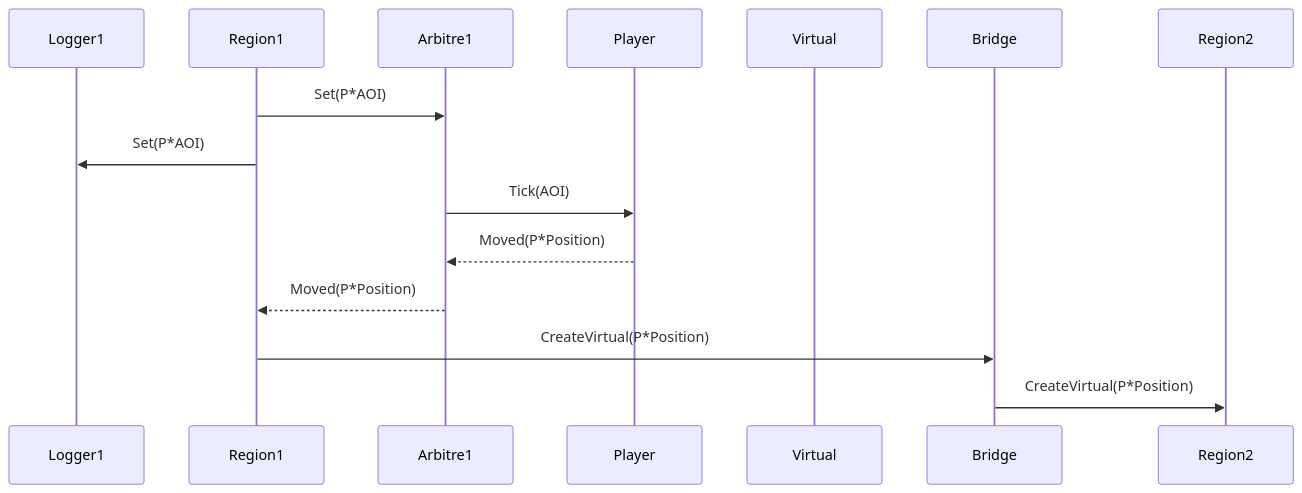
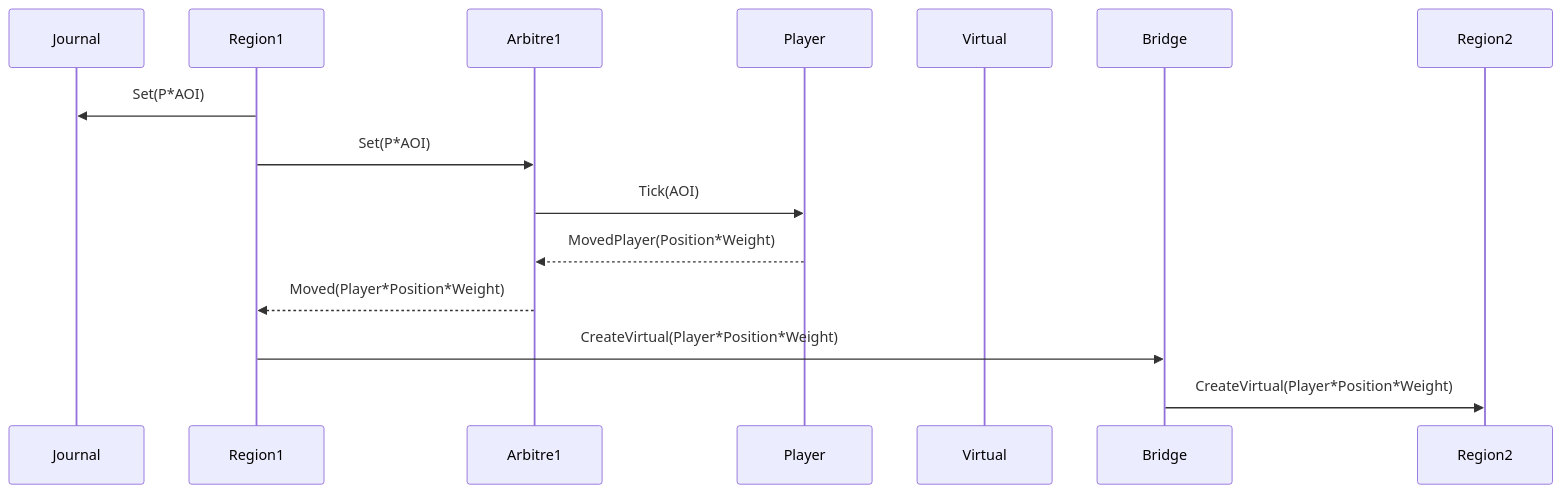
The diagram in doc/remote-player-creation.mermaid (agtors/agar.core), drawn with Mermaid before and after one commit. The commit also changed 16 other files, not shown here.

Commit message:
Review conflict management: - Mermaid sequence diagrams reviewed - Enforce tests checking player actor reference - Remove codez related to bridging capability - Player notify ASAP the region when it has been killed - Code linter provided by IntellijIdea applied

```diff
--- a/doc/remote-player-creation.mermaid
+++ b/doc/remote-player-creation.mermaid
@@ -1,16 +1,16 @@
 sequenceDiagram
-    participant Logger1
+    participant Journal
     participant Region1
     participant Arbitre1
     participant Player
     participant Virtual
     participant Bridge
     participant Region2
 
+Region1  ->>  Journal:Set(P*AOI)
 Region1  ->>  Arbitre1:Set(P*AOI)
-Region1  ->>  Logger1:Set(P*AOI)
 Arbitre1 ->>  Player:Tick(AOI)
-Player   -->> Arbitre1:Moved(P*Position)
-Arbitre1 -->> Region1:Moved(P*Position)
-Region1  ->>  Bridge:CreateVirtual(P*Position)
-Bridge   ->>  Region2:CreateVirtual(P*Position)
+Player   -->> Arbitre1:MovedPlayer(Position*Weight)
+Arbitre1 -->> Region1:Moved(Player*Position*Weight)
+Region1  ->>  Bridge:CreateVirtual(Player*Position*Weight)
+Bridge   ->>  Region2:CreateVirtual(Player*Position*Weight)
```
